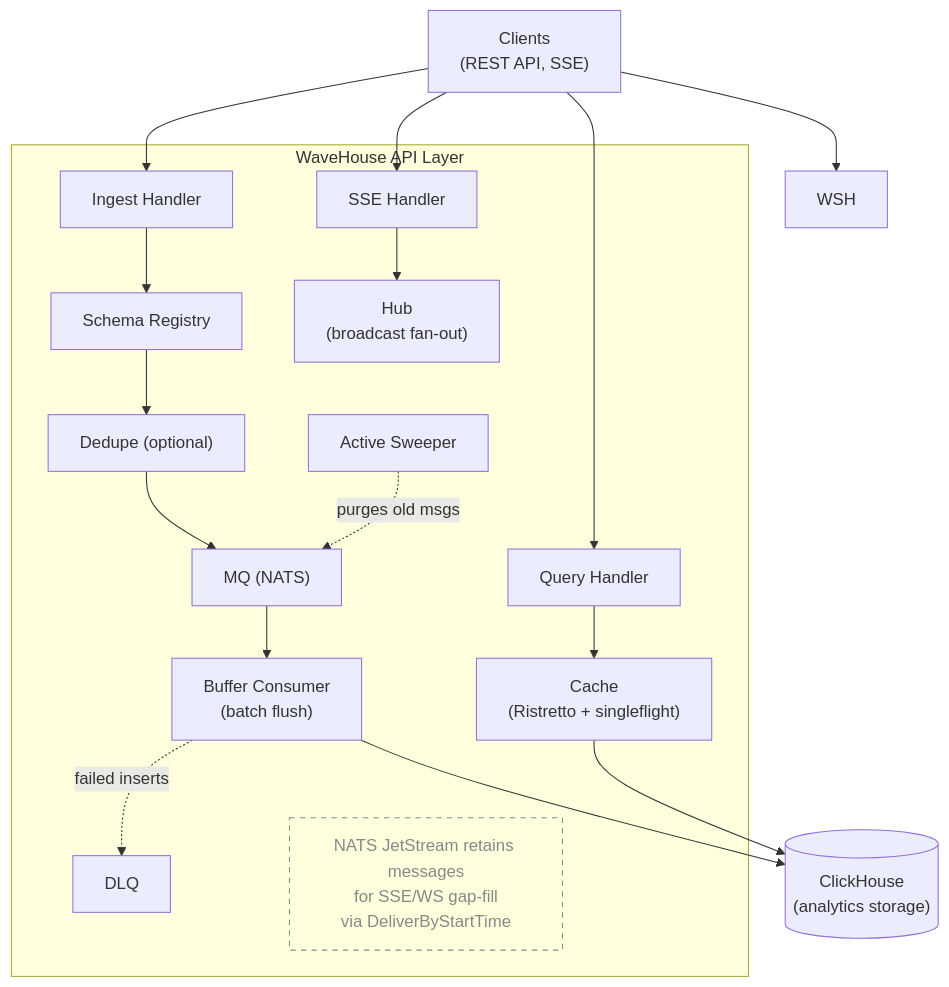
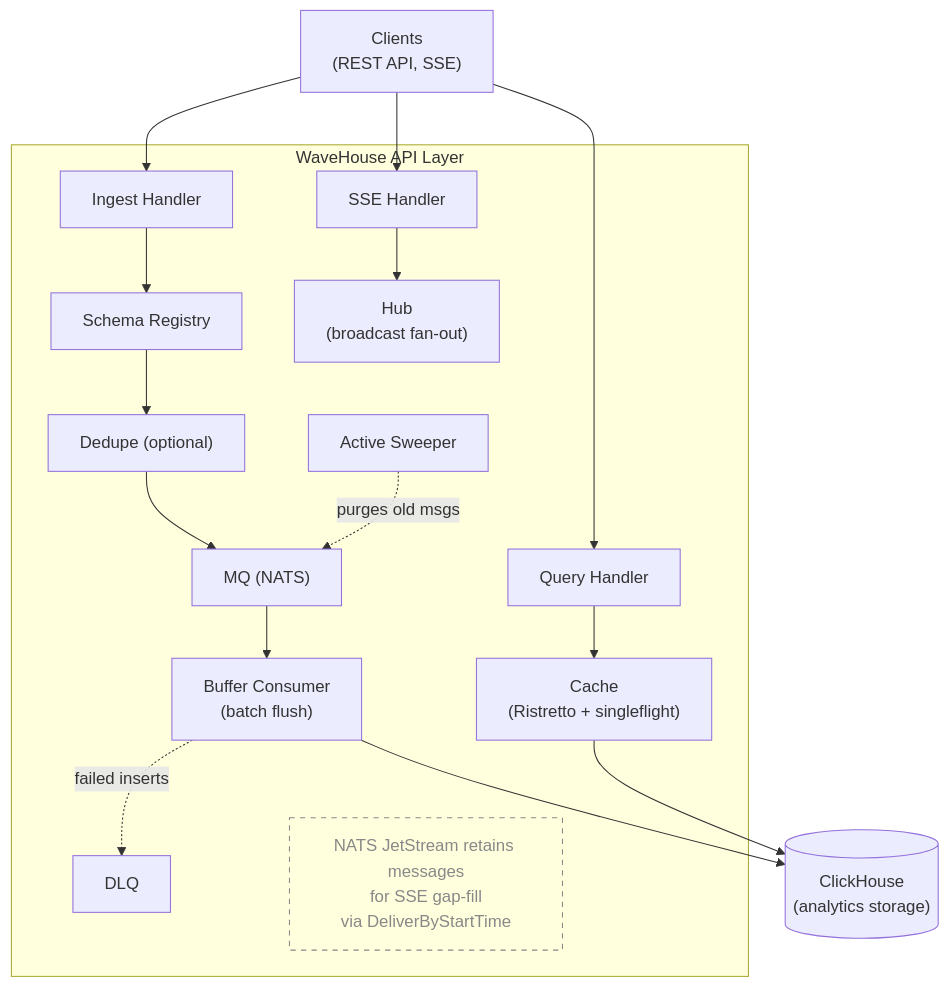
The diagram in docs/src/content/docs/architecture.md (Wave-RF/WaveHouse), drawn with Mermaid before and after one commit. The commit also changed other lines of this file and 20 other files, not shown here.

````diff
--- a/docs/src/content/docs/architecture.md
+++ b/docs/src/content/docs/architecture.md
@@ -14,30 +14,29 @@
 ```mermaid
 flowchart TD
     Clients["Clients<br/>(REST API, SSE)"]
 
     Clients --> IH
     Clients --> QH
     Clients --> SSH
-    Clients --> WSH
 
     subgraph api["WaveHouse API Layer"]
         IH["Ingest Handler"] --> SR["Schema Registry"]
         SR --> DD["Dedupe (optional)"]
         DD --> MQ["MQ (NATS)"]
         MQ --> BC["Buffer Consumer<br/>(batch flush)"]
         BC -.->|failed inserts| DLQ["DLQ"]
 
         QH["Query Handler"] --> Cache["Cache<br/>(Ristretto + singleflight)"]
 
         SSH["SSE Handler"] --> Hub["Hub<br/>(broadcast fan-out)"]
 
         SW["Active Sweeper"] -.->|purges old msgs| MQ
 
-        NATS["NATS JetStream retains messages<br/>for SSE/WS gap-fill<br/>via DeliverByStartTime"]
+        NATS["NATS JetStream retains messages<br/>for SSE gap-fill<br/>via DeliverByStartTime"]
     end
 
     BC --> CH[("ClickHouse<br/>(analytics storage)")]
     Cache --> CH
 
     style NATS fill:none,stroke-dasharray:5 5,stroke:#888,color:#888
 ```
````
